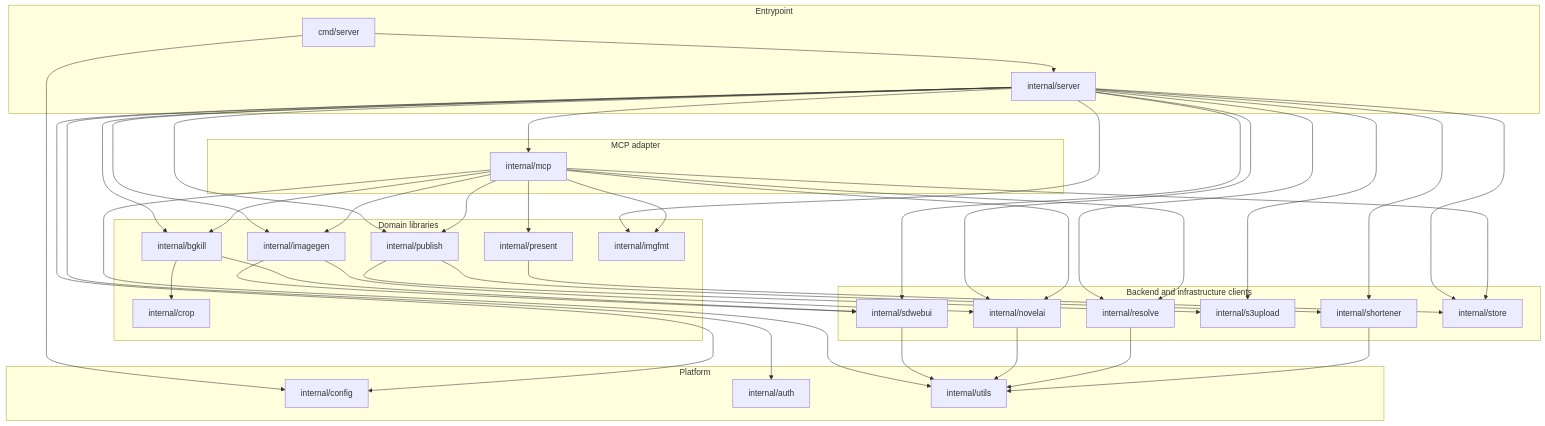
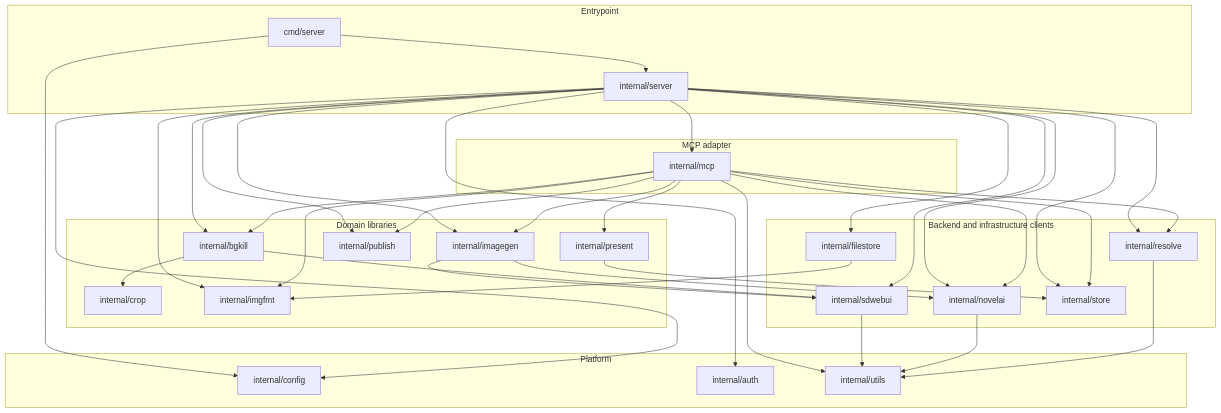
One commit to wishmatic/neo-mcp changed the diagram in AGENTS.md. Above: the diagram before and after it, drawn with Mermaid. The commit also changed other lines of this file and 52 other files, not shown here.

````diff
--- a/AGENTS.md
+++ b/AGENTS.md
@@ -55,75 +54,71 @@
 ```mermaid
 flowchart TD
     subgraph entry[Entrypoint]
         cmd["cmd/server"]
         server["internal/server"]
     end
 
     subgraph mcpLayer[MCP adapter]
         mcp["internal/mcp"]
     end
 
     subgraph domainLibraries[Domain libraries]
         imagegen["internal/imagegen"]
         bgkill["internal/bgkill"]
         present["internal/present"]
         publish["internal/publish"]
         crop["internal/crop"]
         imgfmt["internal/imgfmt"]
     end
 
     subgraph clientLibraries[Backend and infrastructure clients]
         sdwebui["internal/sdwebui"]
         novelai["internal/novelai"]
         resolve["internal/resolve"]
-        s3upload["internal/s3upload"]
-        shortener["internal/shortener"]
+        filestore["internal/filestore"]
         store["internal/store"]
     end
 
     subgraph platform[Platform]
         config["internal/config"]
         auth["internal/auth"]
         utils["internal/utils"]
     end
 
     cmd --> server
     cmd --> config
 
     server --> mcp
     server --> imagegen
     server --> bgkill
     server --> publish
     server --> auth
     server --> config
     server --> sdwebui
     server --> novelai
     server --> resolve
-    server --> s3upload
-    server --> shortener
+    server --> filestore
     server --> store
     server --> imgfmt
 
     mcp --> imagegen
     mcp --> bgkill
     mcp --> present
     mcp --> publish
     mcp --> imgfmt
     mcp --> novelai
     mcp --> resolve
     mcp --> store
     mcp --> utils
 
     imagegen --> sdwebui
     imagegen --> novelai
     bgkill --> sdwebui
     bgkill --> crop
-    publish --> s3upload
-    publish --> shortener
+    filestore --> imgfmt
     present --> store
 
     sdwebui --> utils
     novelai --> utils
     resolve --> utils
-    shortener --> utils
 ```
````
